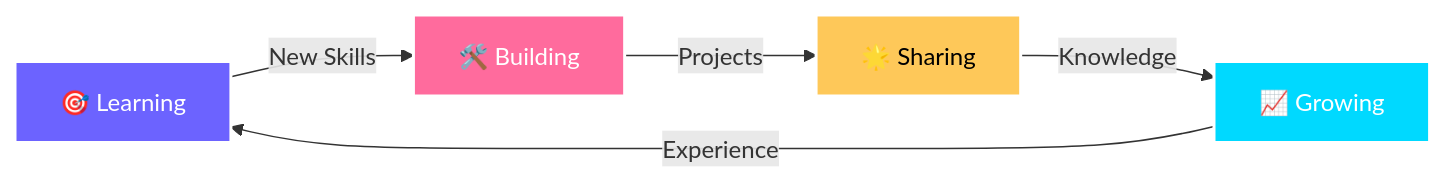
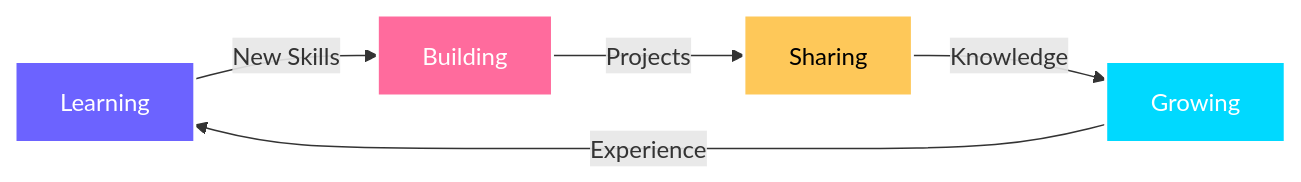
One commit to ninjaarara/ninjaarara changed the diagram in README.md. Above: the diagram before and after it, drawn with Mermaid.

Commit message:
fix(readme): stabilize mermaid labels for GitHub rendering

````diff
--- a/README.md
+++ b/README.md
@@ -185,11 +185,11 @@
 ```mermaid
 graph LR
-    A[🎯 Learning] -->|New Skills| B[🛠️ Building]
-    B -->|Projects| C[🌟 Sharing]
-    C -->|Knowledge| D[📈 Growing]
-    D -->|Experience| A
+    A["Learning"] -->|"New Skills"| B["Building"]
+    B -->|"Projects"| C["Sharing"]
+    C -->|"Knowledge"| D["Growing"]
+    D -->|"Experience"| A
     style A fill:#6C63FF,stroke:#fff,stroke-width:2px,color:#fff
     style B fill:#FF6B9D,stroke:#fff,stroke-width:2px,color:#fff
     style C fill:#FEC859,stroke:#fff,stroke-width:2px,color:#000
     style D fill:#00D9FF,stroke:#fff,stroke-width:2px,color:#fff
 ```
````
